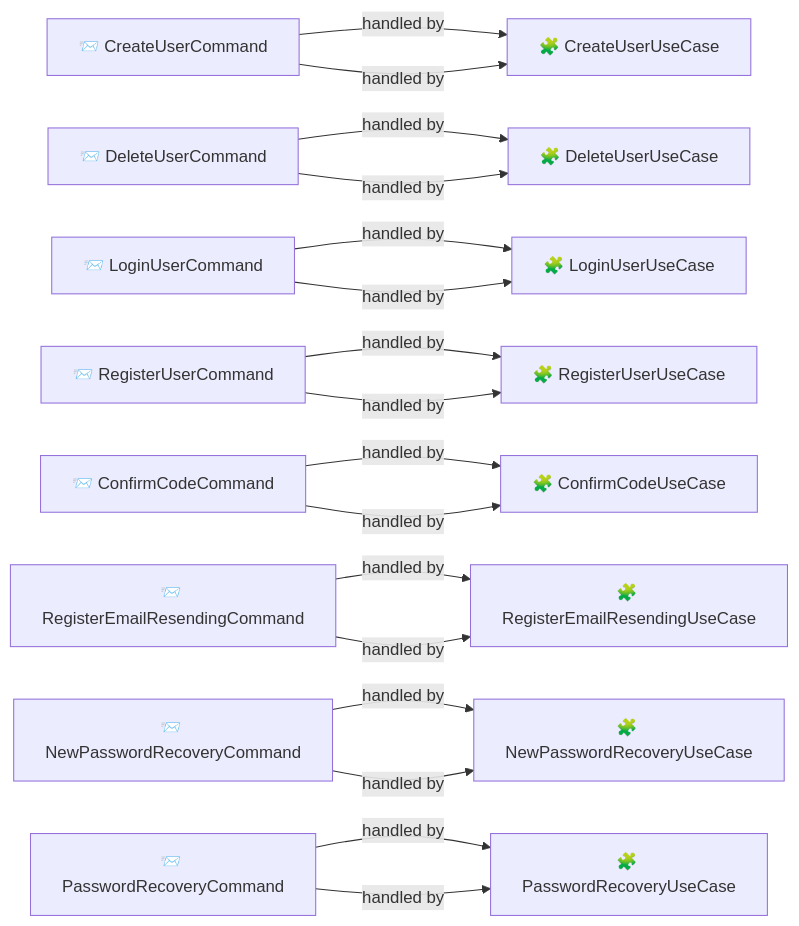
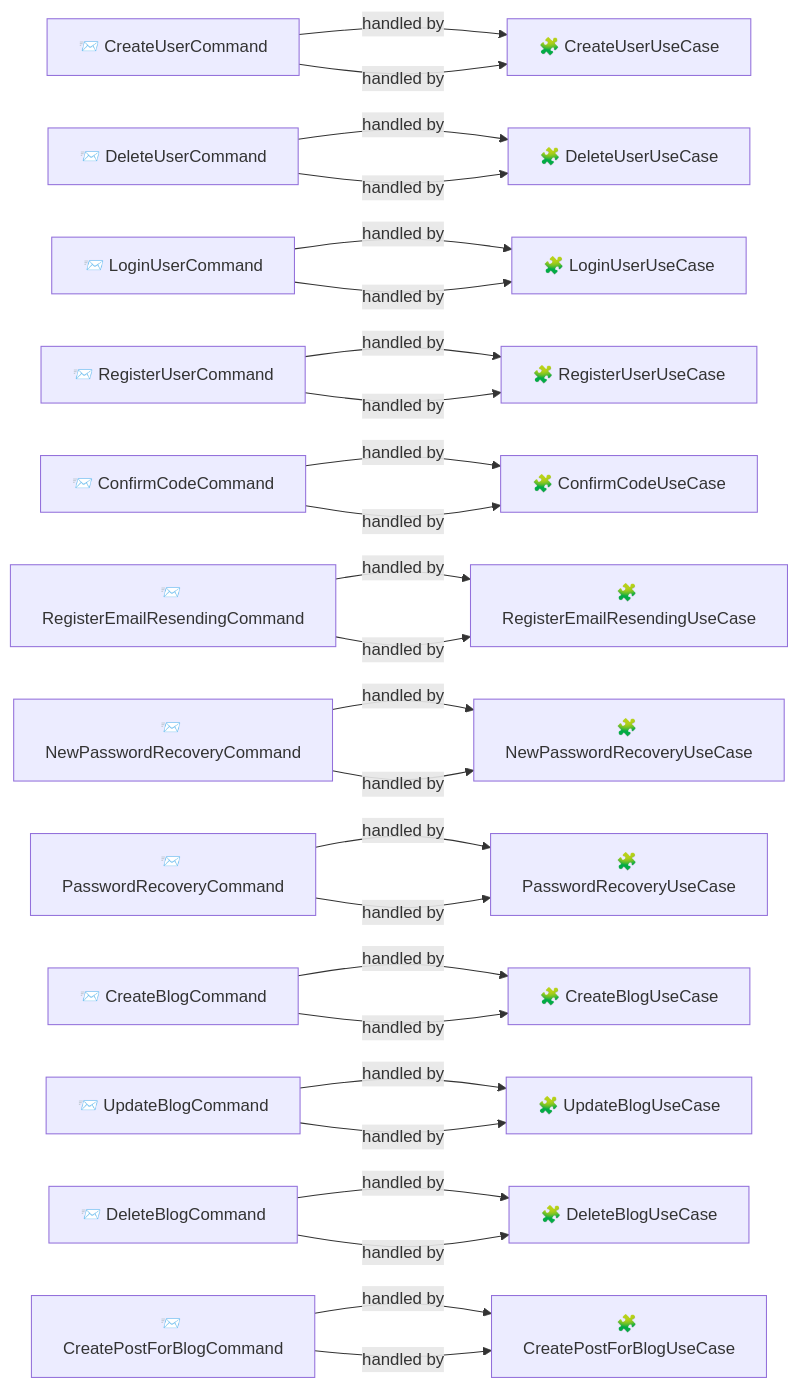
One commit to anechka002/blogger_platform_nest_sql changed diagram 12 of 12 in nest-graph.md. Above: the diagram before and after it, drawn with Mermaid. The commit also changed other lines of this file and 14 other files, not shown here.

````diff
--- a/nest-graph.md
+++ b/nest-graph.md
@@ -342,35 +362,51 @@
 ```mermaid
 graph LR
   command_CreateUserCommand["📨 CreateUserCommand"]
   handler_CreateUserUseCase["🧩 CreateUserUseCase"]
   command_DeleteUserCommand["📨 DeleteUserCommand"]
   handler_DeleteUserUseCase["🧩 DeleteUserUseCase"]
   command_LoginUserCommand["📨 LoginUserCommand"]
   handler_LoginUserUseCase["🧩 LoginUserUseCase"]
   command_RegisterUserCommand["📨 RegisterUserCommand"]
   handler_RegisterUserUseCase["🧩 RegisterUserUseCase"]
   command_ConfirmCodeCommand["📨 ConfirmCodeCommand"]
   handler_ConfirmCodeUseCase["🧩 ConfirmCodeUseCase"]
   command_RegisterEmailResendingCommand["📨 RegisterEmailResendingCommand"]
   handler_RegisterEmailResendingUseCase["🧩 RegisterEmailResendingUseCase"]
   command_NewPasswordRecoveryCommand["📨 NewPasswordRecoveryCommand"]
   handler_NewPasswordRecoveryUseCase["🧩 NewPasswordRecoveryUseCase"]
   command_PasswordRecoveryCommand["📨 PasswordRecoveryCommand"]
   handler_PasswordRecoveryUseCase["🧩 PasswordRecoveryUseCase"]
+  command_CreateBlogCommand["📨 CreateBlogCommand"]
+  handler_CreateBlogUseCase["🧩 CreateBlogUseCase"]
+  command_UpdateBlogCommand["📨 UpdateBlogCommand"]
+  handler_UpdateBlogUseCase["🧩 UpdateBlogUseCase"]
+  command_DeleteBlogCommand["📨 DeleteBlogCommand"]
+  handler_DeleteBlogUseCase["🧩 DeleteBlogUseCase"]
+  command_CreatePostForBlogCommand["📨 CreatePostForBlogCommand"]
+  handler_CreatePostForBlogUseCase["🧩 CreatePostForBlogUseCase"]
   command_CreateUserCommand -->|handled by| handler_CreateUserUseCase
   command_DeleteUserCommand -->|handled by| handler_DeleteUserUseCase
   command_LoginUserCommand -->|handled by| handler_LoginUserUseCase
   command_RegisterUserCommand -->|handled by| handler_RegisterUserUseCase
   command_ConfirmCodeCommand -->|handled by| handler_ConfirmCodeUseCase
   command_RegisterEmailResendingCommand -->|handled by| handler_RegisterEmailResendingUseCase
   command_NewPasswordRecoveryCommand -->|handled by| handler_NewPasswordRecoveryUseCase
   command_PasswordRecoveryCommand -->|handled by| handler_PasswordRecoveryUseCase
+  command_CreateBlogCommand -->|handled by| handler_CreateBlogUseCase
+  command_UpdateBlogCommand -->|handled by| handler_UpdateBlogUseCase
+  command_DeleteBlogCommand -->|handled by| handler_DeleteBlogUseCase
+  command_CreatePostForBlogCommand -->|handled by| handler_CreatePostForBlogUseCase
   command_CreateUserCommand -->|handled by| handler_CreateUserUseCase
   command_DeleteUserCommand -->|handled by| handler_DeleteUserUseCase
   command_LoginUserCommand -->|handled by| handler_LoginUserUseCase
   command_RegisterUserCommand -->|handled by| handler_RegisterUserUseCase
   command_ConfirmCodeCommand -->|handled by| handler_ConfirmCodeUseCase
   command_RegisterEmailResendingCommand -->|handled by| handler_RegisterEmailResendingUseCase
   command_NewPasswordRecoveryCommand -->|handled by| handler_NewPasswordRecoveryUseCase
   command_PasswordRecoveryCommand -->|handled by| handler_PasswordRecoveryUseCase
+  command_CreateBlogCommand -->|handled by| handler_CreateBlogUseCase
+  command_UpdateBlogCommand -->|handled by| handler_UpdateBlogUseCase
+  command_DeleteBlogCommand -->|handled by| handler_DeleteBlogUseCase
+  command_CreatePostForBlogCommand -->|handled by| handler_CreatePostForBlogUseCase
 ```
````
